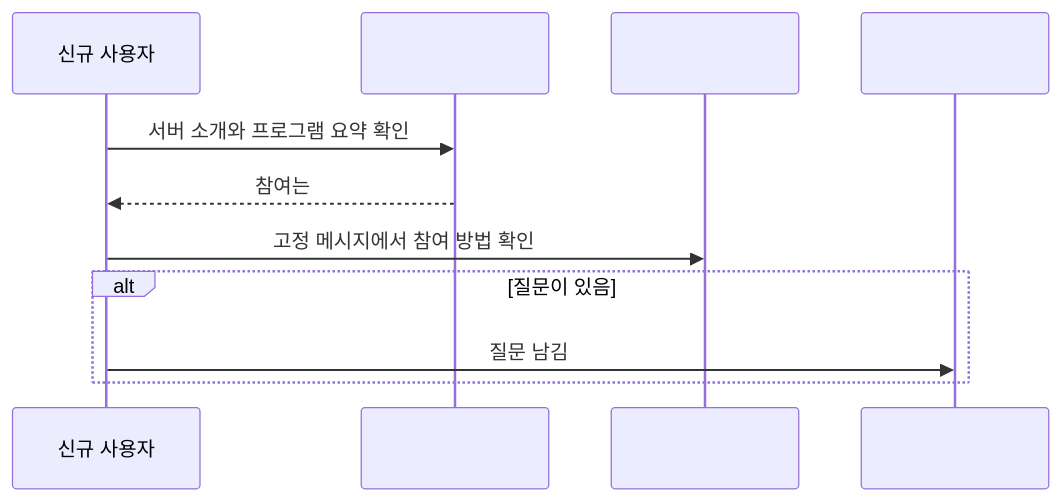
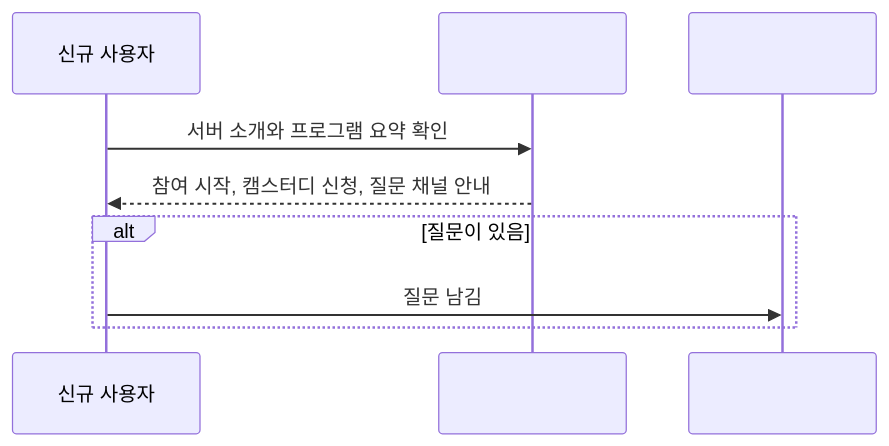
The first of 20 diagrams in docs/USER_STORIES.md (honki12345/haruharu-discord-bot), drawn with Mermaid before and after one commit. The commit also changed other lines of this file and 13 other files, not shown here.

````diff
--- a/docs/USER_STORIES.md
+++ b/docs/USER_STORIES.md
@@ -22,14 +21,12 @@
 ```mermaid
 sequenceDiagram
     participant U as 신규 사용자
     participant S as #start-here
-    participant A as #apply
     participant Q as #qna
 
     U->>S: 서버 소개와 프로그램 요약 확인
-    S-->>U: 참여는 #apply / 질문은 #qna 안내
-    U->>A: 고정 메시지에서 참여 방법 확인
+    S-->>U: 참여 시작, 캠스터디 신청, 질문 채널 안내
     alt 질문이 있음
         U->>Q: 질문 남김
     end
 ```
````
